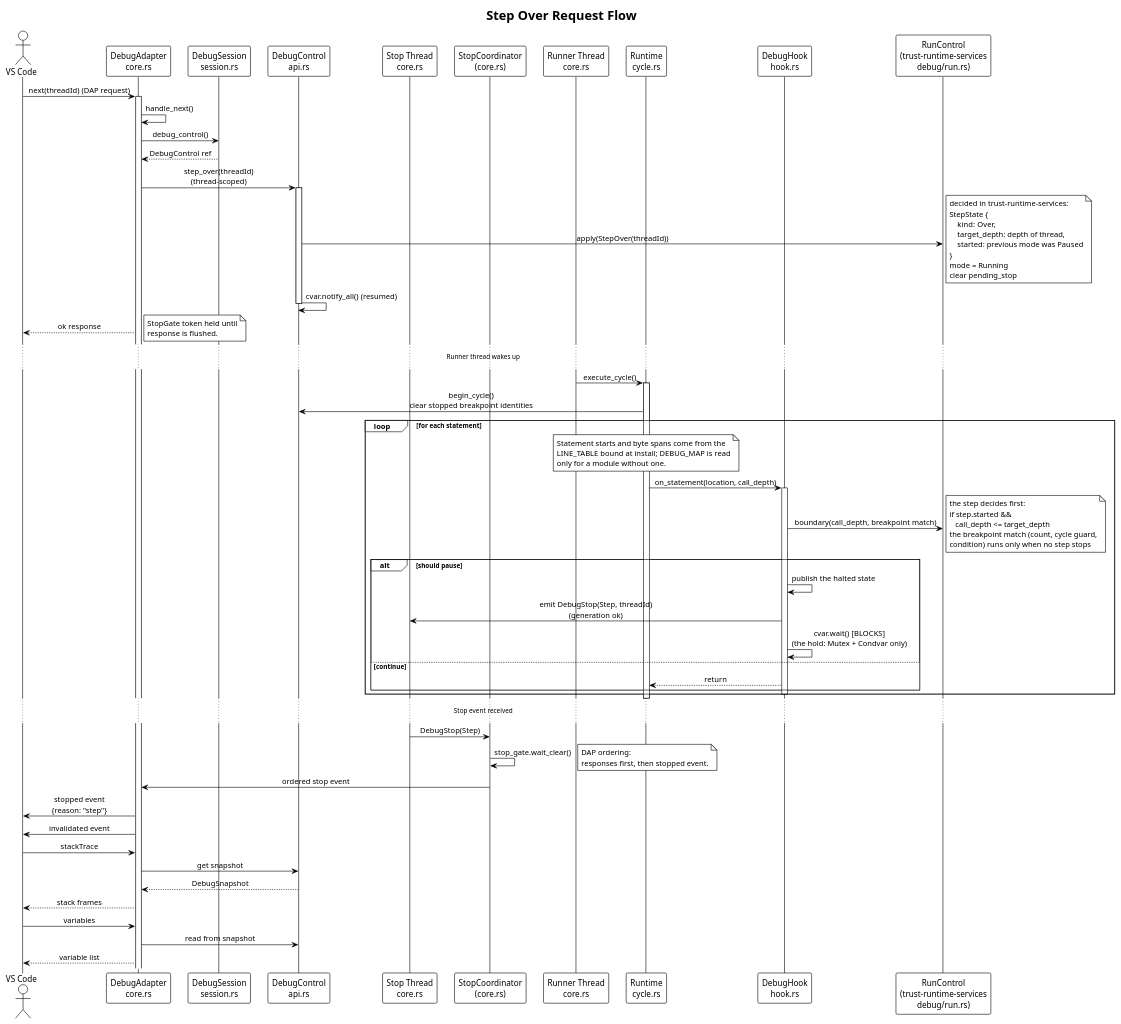
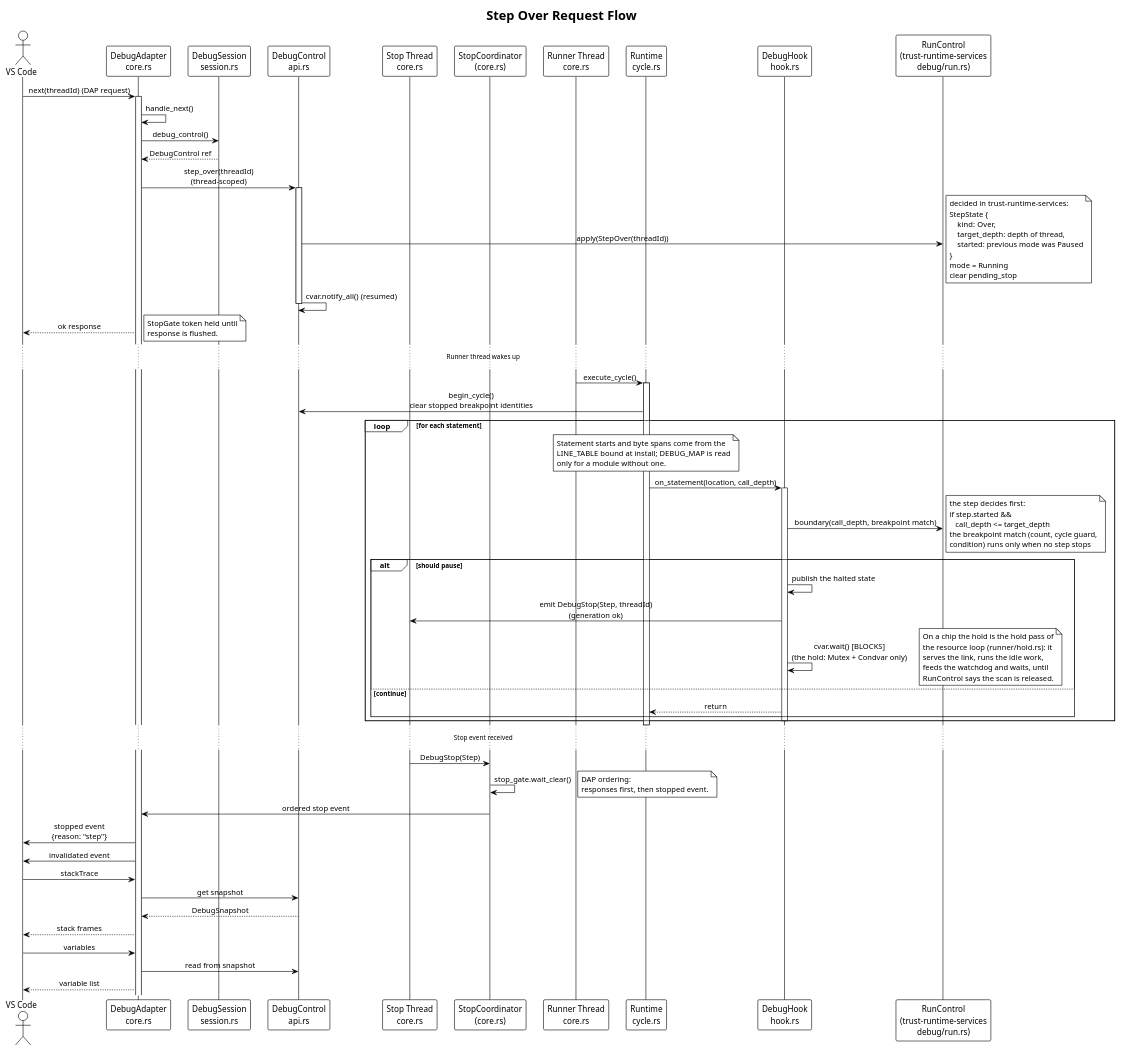
The diagram in docs/diagrams/debug/debug-step-sequence.puml (johannesPettersson80/trust-platform), drawn with PlantUML before and after one commit. The commit also changed 24 other files, not shown here.

First line of the commit message:
Hold a chip's scan at a statement for the debugger and keep serving the link while held

```diff
--- a/docs/diagrams/debug/debug-step-sequence.puml
+++ b/docs/diagrams/debug/debug-step-sequence.puml
@@ -1,104 +1,111 @@
 @startuml step-over-sequence
 !theme plain
 skinparam sequenceMessageAlign center
 
 title Step Over Request Flow
 
 actor "VS Code" as vscode
 participant "DebugAdapter\ncore.rs" as adapter
 participant "DebugSession\nsession.rs" as session
 participant "DebugControl\napi.rs" as control
 participant "Stop Thread\ncore.rs" as stopThread
 participant "StopCoordinator\n(core.rs)" as stopCoord
 participant "Runner Thread\ncore.rs" as runner
 participant "Runtime\ncycle.rs" as runtime
 participant "DebugHook\nhook.rs" as hook
 participant "RunControl\n(trust-runtime-services\ndebug/run.rs)" as services
 
 vscode -> adapter : next(threadId) (DAP request)
 activate adapter
 
 adapter -> adapter : handle_next()
 adapter -> session : debug_control()
 session --> adapter : DebugControl ref
 
 adapter -> control : step_over(threadId)\n(thread-scoped)
 activate control
 control -> services : apply(StepOver(threadId))
 note right
     decided in trust-runtime-services:
     StepState {
         kind: Over,
         target_depth: depth of thread,
         started: previous mode was Paused
     }
     mode = Running
     clear pending_stop
 end note
 control -> control : cvar.notify_all() (resumed)
 deactivate control
 
 adapter --> vscode : ok response
 note right
     StopGate token held until
     response is flushed.
 end note
 
 ... Runner thread wakes up ...
 
 runner -> runtime : execute_cycle()
 activate runtime
 runtime -> control : begin_cycle()\nclear stopped breakpoint identities
 
 loop for each statement
     note over runtime
         Statement starts and byte spans come from the
         LINE_TABLE bound at install; DEBUG_MAP is read
         only for a module without one.
     end note
     runtime -> hook : on_statement(location, call_depth)
     activate hook
 
     hook -> services : boundary(call_depth, breakpoint match)
     note right
         the step decides first:
         if step.started &&
            call_depth <= target_depth
         the breakpoint match (count, cycle guard,
         condition) runs only when no step stops
     end note
 
     alt should pause
         hook -> hook : publish the halted state
         hook -> stopThread : emit DebugStop(Step, threadId)\n(generation ok)
         hook -> hook : cvar.wait() [BLOCKS]\n(the hold: Mutex + Condvar only)
+        note right
+            On a chip the hold is the hold pass of
+            the resource loop (runner/hold.rs): it
+            serves the link, runs the idle work,
+            feeds the watchdog and waits, until
+            RunControl says the scan is released.
+        end note
     else continue
         hook --> runtime : return
     end
     deactivate hook
 end
 
 deactivate runtime
 
 ... Stop event received ...
 
 stopThread -> stopCoord : DebugStop(Step)
 stopCoord -> stopCoord : stop_gate.wait_clear()
 note right
     DAP ordering:
     responses first, then stopped event.
 end note
 stopCoord -> adapter : ordered stop event
 adapter -> vscode : stopped event\n{reason: "step"}
 adapter -> vscode : invalidated event
 
 vscode -> adapter : stackTrace
 adapter -> control : get snapshot
 control --> adapter : DebugSnapshot
 adapter --> vscode : stack frames
 
 vscode -> adapter : variables
 adapter -> control : read from snapshot
 adapter --> vscode : variable list
 
 @enduml
```
